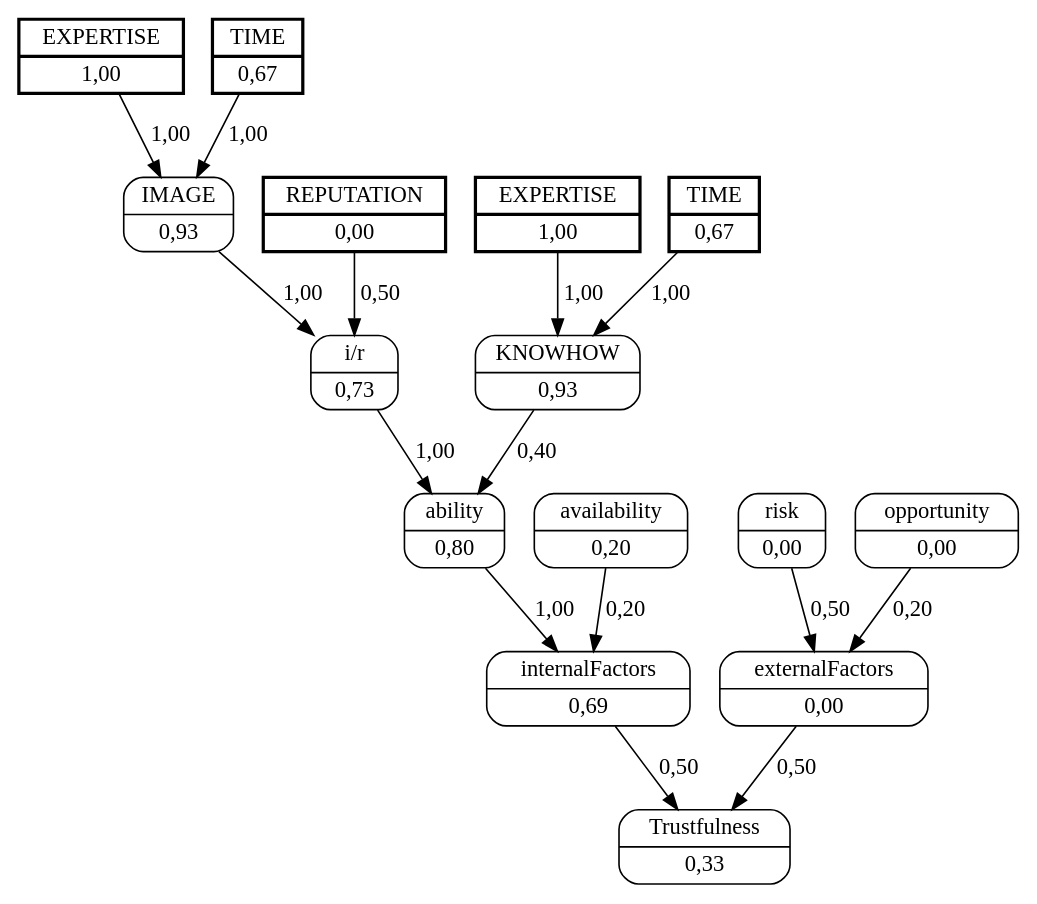
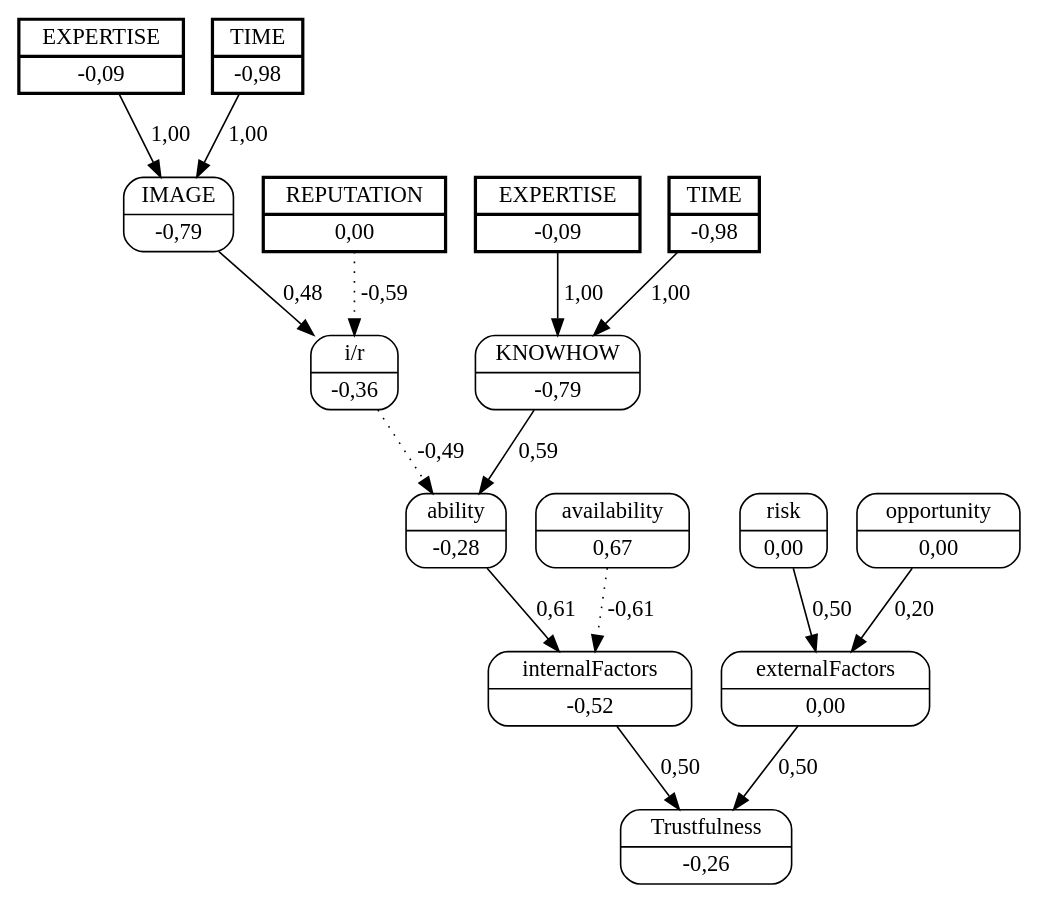
One commit to jjbaqueta/unload_experiment changed the diagram in unload_boxes/dots/worker_2helper_6.dot. Above: the diagram before and after it, drawn with Graphviz. The commit also changed 77 other files, not shown here.

```diff
--- a/unload_boxes/dots/worker_2helper_6.dot
+++ b/unload_boxes/dots/worker_2helper_6.dot
@@ -1,34 +1,34 @@
 digraph FCM_net{
 	node [shape=record, style=rounded]
-	11 [label="{EXPERTISE | 1,00}", style=bold, penwidth=2, peripheries=2];
-	12 [label="{TIME | 0,67}", style=bold, penwidth=2, peripheries=2];
+	11 [label="{EXPERTISE | -0,09}", style=bold, penwidth=2, peripheries=2];
+	12 [label="{TIME | -0,98}", style=bold, penwidth=2, peripheries=2];
 	1 [label="{REPUTATION | 0,00}", style=bold, penwidth=2, peripheries=2];
-	13 [label="{EXPERTISE | 1,00}", style=bold, penwidth=2, peripheries=2];
-	14 [label="{TIME | 0,67}", style=bold, penwidth=2, peripheries=2];
-	0 [label="{IMAGE | 0,93}"];
+	13 [label="{EXPERTISE | -0,09}", style=bold, penwidth=2, peripheries=2];
+	14 [label="{TIME | -0,98}", style=bold, penwidth=2, peripheries=2];
+	0 [label="{IMAGE | -0,79}"];
 	1 [label="{REPUTATION | 0,00}"];
-	2 [label="{KNOWHOW | 0,93}"];
-	3 [label="{i/r | 0,73}"];
-	4 [label="{ability | 0,80}"];
-	5 [label="{availability | 0,20}"];
-	6 [label="{internalFactors | 0,69}"];
+	2 [label="{KNOWHOW | -0,79}"];
+	3 [label="{i/r | -0,36}"];
+	4 [label="{ability | -0,28}"];
+	5 [label="{availability | 0,67}"];
+	6 [label="{internalFactors | -0,52}"];
 	7 [label="{risk | 0,00}"];
 	8 [label="{opportunity | 0,00}"];
 	9 [label="{externalFactors | 0,00}"];
-	10 [label="{Trustfulness | 0,33}"];
-	11 [label="{EXPERTISE | 1,00}"];
-	0 -> 3 [label = "1,00"];
-	1 -> 3 [label = "0,50"];
-	3 -> 4 [label = "1,00"];
-	2 -> 4 [label = "0,40"];
-	4 -> 6 [label = "1,00"];
-	5 -> 6 [label = "0,20"];
+	10 [label="{Trustfulness | -0,26}"];
+	11 [label="{EXPERTISE | -0,09}"];
+	0 -> 3 [label = "0,48"];
+	1 -> 3 [label = "-0,59", style=dotted];
+	3 -> 4 [label = "-0,49", style=dotted];
+	2 -> 4 [label = "0,59"];
+	4 -> 6 [label = "0,61"];
+	5 -> 6 [label = "-0,61", style=dotted];
 	6 -> 10 [label = "0,50"];
 	7 -> 9 [label = "0,50"];
 	8 -> 9 [label = "0,20"];
 	9 -> 10 [label = "0,50"];
 	11 -> 0 [label = "1,00"];
 	12 -> 0 [label = "1,00"];
 	13 -> 2 [label = "1,00"];
 	14 -> 2 [label = "1,00"];
 }
```
